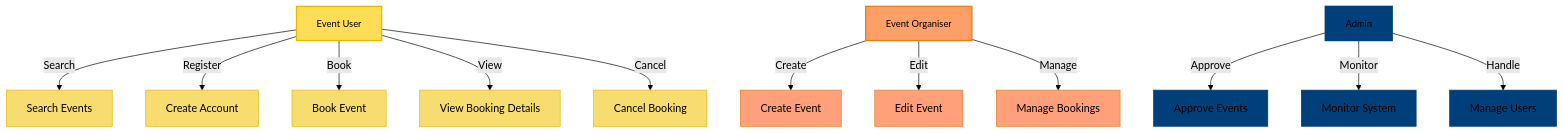
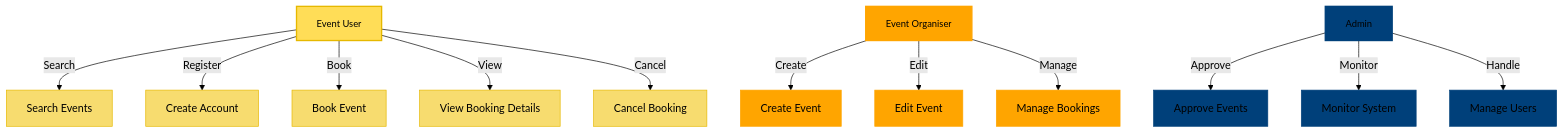
The diagram in USE-CASE-DIAGRAM.md (celeste-smith/event-booking-system), drawn with Mermaid (forest theme) before and after one commit.

Commit message:
Update USE-CASE-DIAGRAM.md
5th update

````diff
--- a/USE-CASE-DIAGRAM.md
+++ b/USE-CASE-DIAGRAM.md
@@ -4,35 +4,35 @@
 ```mermaid
 graph TD;
     A[Event User] -->|Search| B[Search Events];
     A -->|Register| C[Create Account];
     A -->|Book| D[Book Event];
     A -->|View| E[View Booking Details];
     A -->|Cancel| F[Cancel Booking];
     
     G[Event Organiser] -->|Create| H[Create Event];
     G -->|Edit| I[Edit Event];
     G -->|Manage| J[Manage Bookings];
     
     K[Admin] -->|Approve| L[Approve Events];
     K -->|Monitor| M[Monitor System];
     K -->|Handle| N[Manage Users];
 
     %% Styling
     style A fill:#FFDD57,stroke:#E6B800,stroke-width:2px,font-size:14px;
-    style G fill:#FF9F68,stroke:#E67E22,stroke-width:2px,font-size:14px;
+    style G fill:#FFA500,stroke:#FFA500,stroke-width:2px,font-size:14px;
     style K fill:#00407a,stroke:#00407a,stroke-width:2px,font-size:14px;
 
     style B fill:#F7DC6F,stroke:#E6B800;
     style C fill:#F7DC6F,stroke:#E6B800;
     style D fill:#F7DC6F,stroke:#E6B800;
     style E fill:#F7DC6F,stroke:#E6B800;
     style F fill:#F7DC6F,stroke:#E6B800;
 
-    style H fill:#FFA07A,stroke:#E67E22;
-    style I fill:#FFA07A,stroke:#E67E22;
-    style J fill:#FFA07A,stroke:#E67E22;
+    style H fill:#FFA500,stroke:#FFA500;
+    style I fill:#FFA500,stroke:#FFA500;
+    style J fill:#FFA500,stroke:#FFA500;
 
     style L fill:#00407a,stroke:#00407a;
     style M fill:#00407a,stroke:#00407a;
     style N fill:#00407a,stroke:#00407a;
 ```
````
